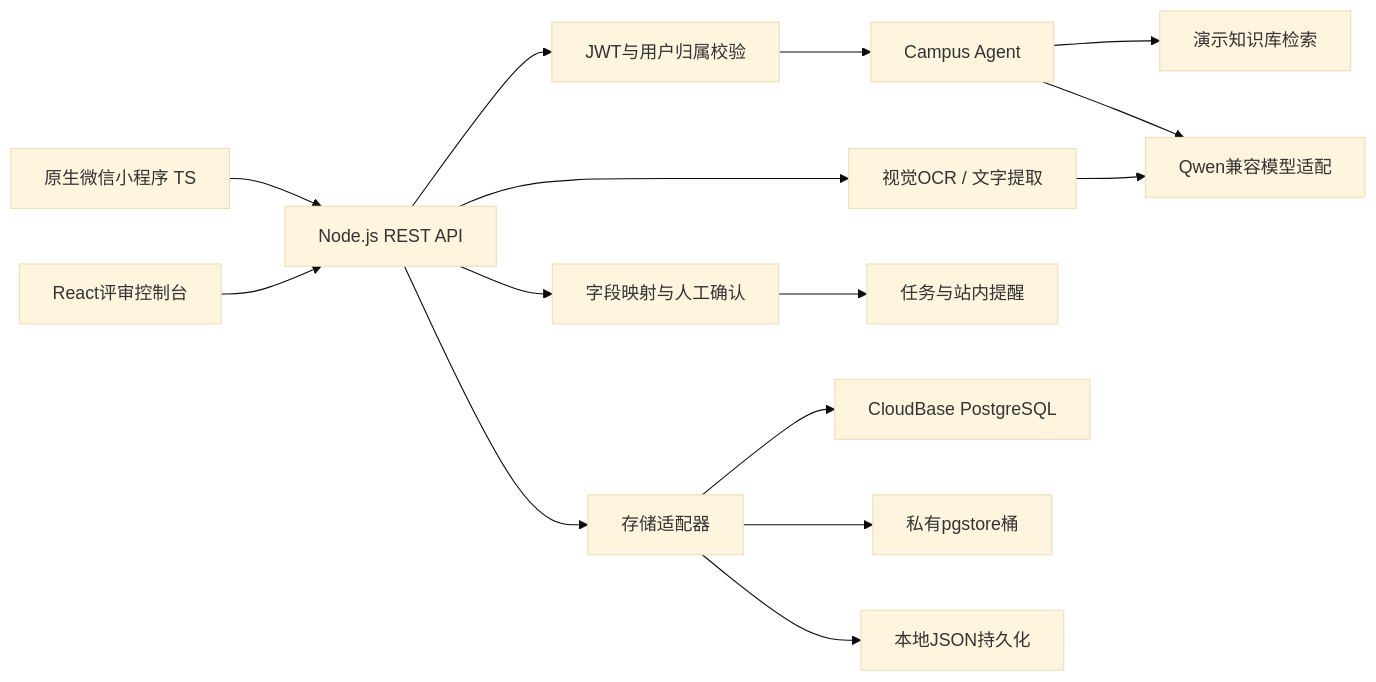
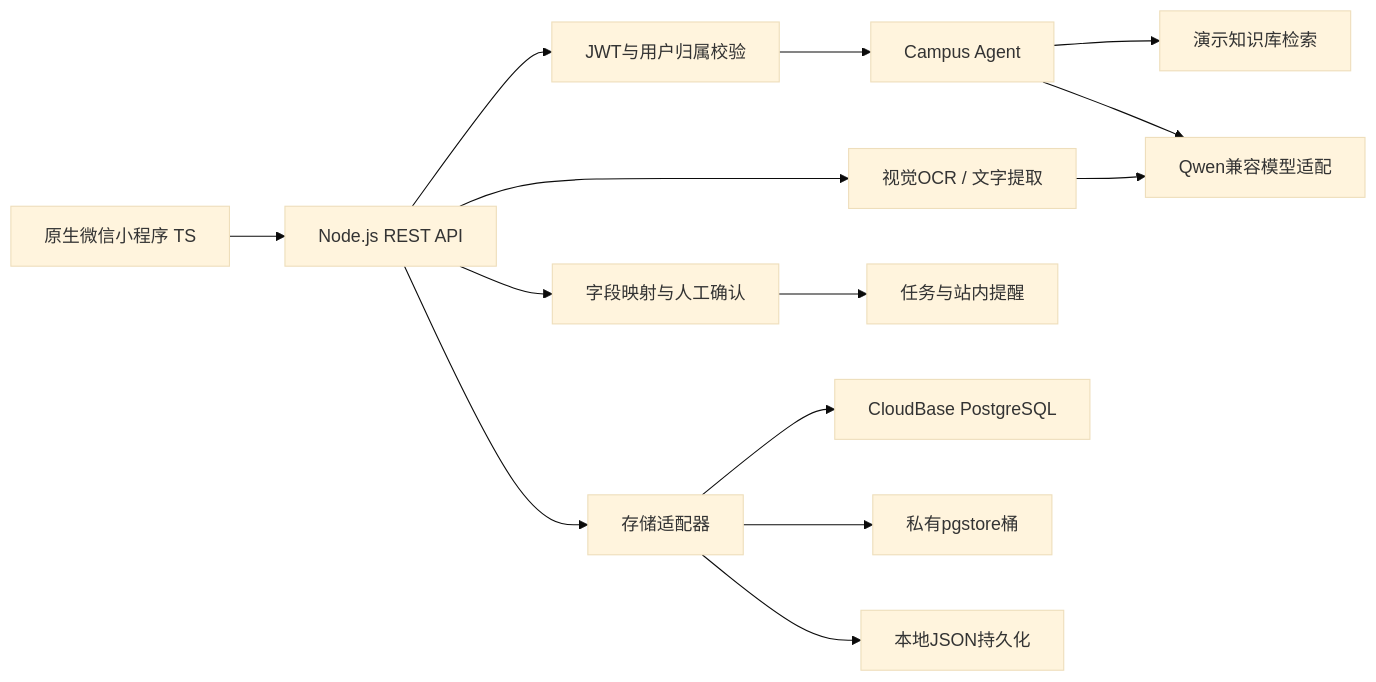
Before and after one commit to yuhao139088/campus-ai-miniapp: the diagram in docs/architecture.md, drawn with Mermaid (base theme). The commit also changed other lines of this file and 64 other files, not shown here.

````diff
--- a/docs/architecture.md
+++ b/docs/architecture.md
@@ -3,17 +3,16 @@
 ```mermaid
 flowchart LR
   WX[原生微信小程序 TS] --> API[Node.js REST API]
-  WEB[React评审控制台] --> API
   API --> AUTH[JWT与用户归属校验]
   AUTH --> AGENT[Campus Agent]
   AGENT --> KNOW[演示知识库检索]
   AGENT --> LLM[Qwen兼容模型适配]
   API --> OCR[视觉OCR / 文字提取]
   OCR --> LLM
   API --> FORM[字段映射与人工确认]
   FORM --> TASK[任务与站内提醒]
   API --> STORE[存储适配器]
   STORE --> PG[CloudBase PostgreSQL]
   STORE --> STORAGE[私有pgstore桶]
   STORE --> LOCAL[本地JSON持久化]
 ```
````
